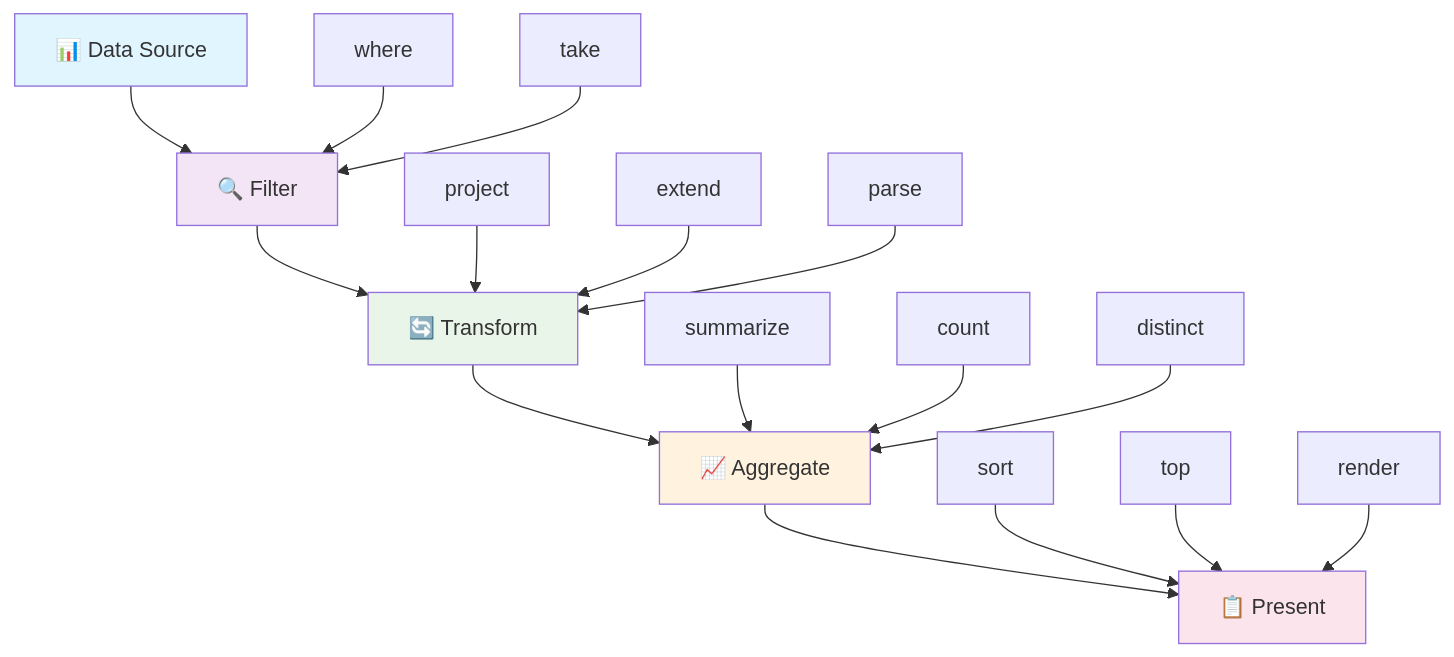
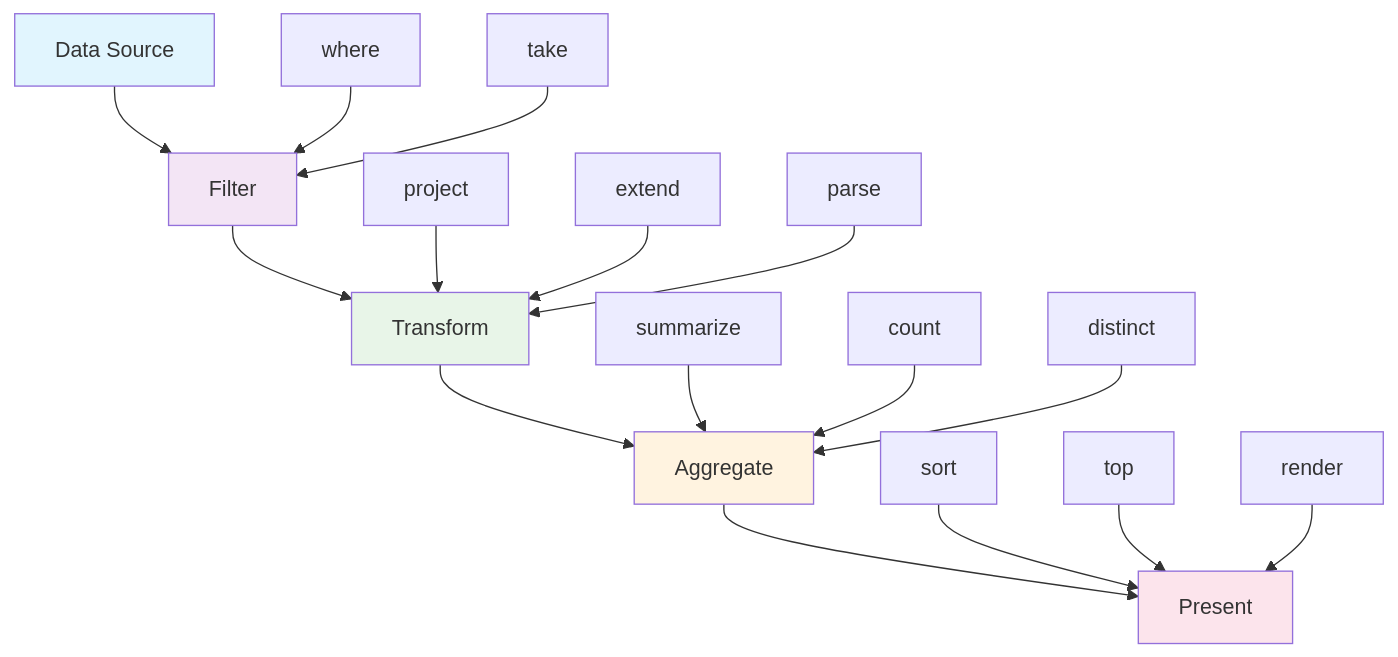
Before and after one commit to kustonaut/kql-cheat-sheet: the first of 8 diagrams in KQL-Cheat-Sheet.md, drawn with Mermaid. The commit also changed other lines of this file and 13 other files, not shown here.

````diff
--- a/KQL-Cheat-Sheet.md
+++ b/KQL-Cheat-Sheet.md
@@ -9,28 +9,28 @@
 ```mermaid
 graph TD
-    A[📊 Data Source] --> B[🔍 Filter]
-    B --> C[🔄 Transform]
-    C --> D[📈 Aggregate]
-    D --> E[📋 Present]
+    A[Data Source] --> B[Filter]
+    B --> C[Transform]
+    C --> D[Aggregate]
+    D --> E[Present]
     
     B1[where] --> B
     B2[take] --> B
     
     C1[project] --> C
     C2[extend] --> C
     C3[parse] --> C
     
     D1[summarize] --> D
     D2[count] --> D
     D3[distinct] --> D
     
     E1[sort] --> E
     E2[top] --> E
     E3[render] --> E
     
     style A fill:#e1f5fe
     style B fill:#f3e5f5
     style C fill:#e8f5e8
     style D fill:#fff3e0
     style E fill:#fce4ec
 ```
````
